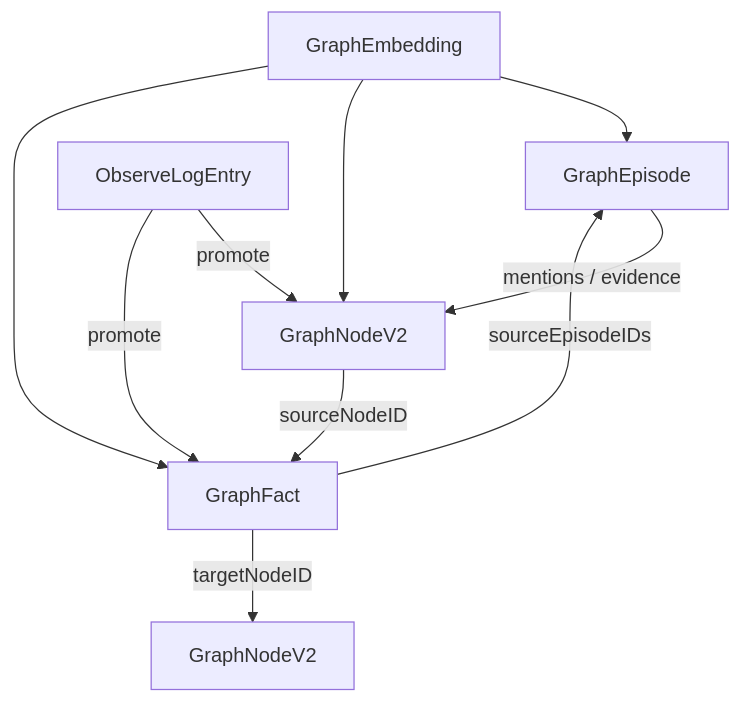
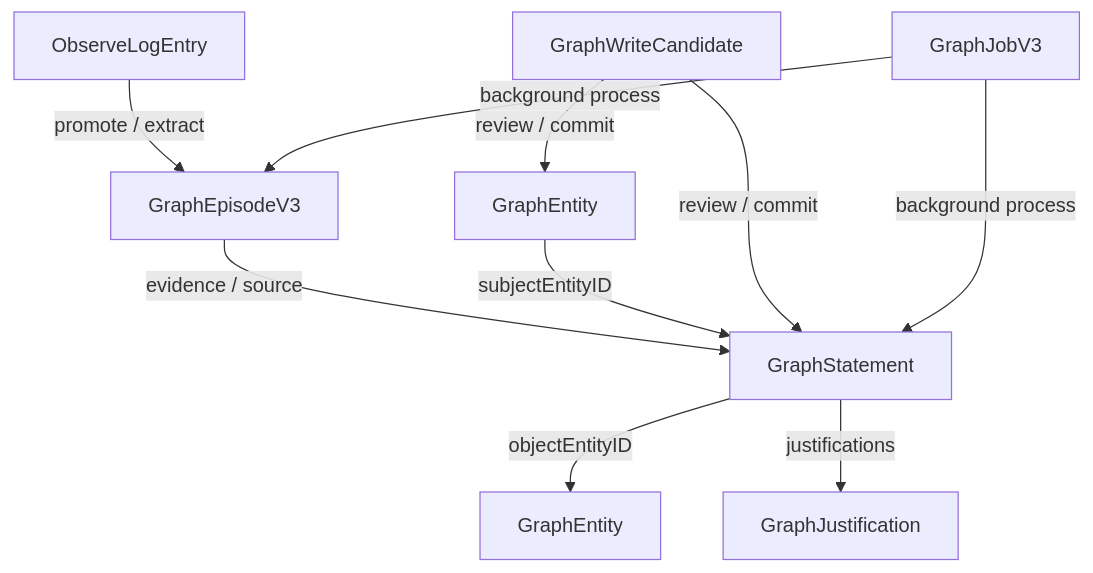
Before and after one commit to duanshiwen/connor-graph-agent-mac: the third of 3 diagrams in README.md, drawn with Mermaid. The commit also changed other lines of this file, not shown here.

Commit message:
docs: clarify commercial graph agent roadmap

````diff
--- a/README.md
+++ b/README.md
@@ -189,12 +240,12 @@
 ```mermaid
 graph TD
-    Episode[GraphEpisode] -->|mentions / evidence| Node[GraphNodeV2]
-    Node -->|sourceNodeID| Fact[GraphFact]
-    Fact -->|targetNodeID| Node2[GraphNodeV2]
-    Fact -->|sourceEpisodeIDs| Episode
-    Observe[ObserveLogEntry] -->|promote| Node
-    Observe -->|promote| Fact
-    Embedding[GraphEmbedding] --> Episode
-    Embedding --> Node
-    Embedding --> Fact
+    Episode[GraphEpisodeV3] -->|evidence / source| Statement[GraphStatement]
+    EntityA[GraphEntity] -->|subjectEntityID| Statement
+    Statement -->|objectEntityID| EntityB[GraphEntity]
+    Statement -->|justifications| Justification[GraphJustification]
+    Observe[ObserveLogEntry] -->|promote / extract| Episode
+    Candidate[GraphWriteCandidate] -->|review / commit| EntityA
+    Candidate -->|review / commit| Statement
+    Job[GraphJobV3] -->|background process| Episode
+    Job -->|background process| Statement
 ```
````
